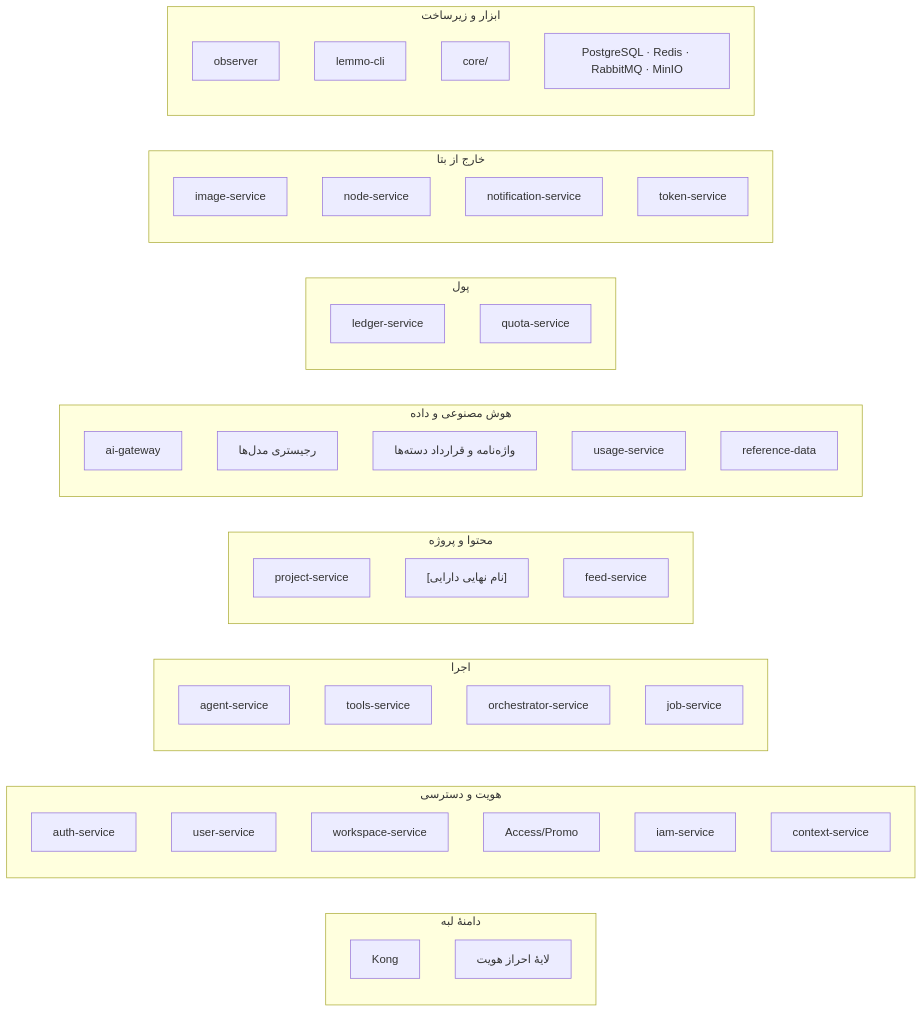
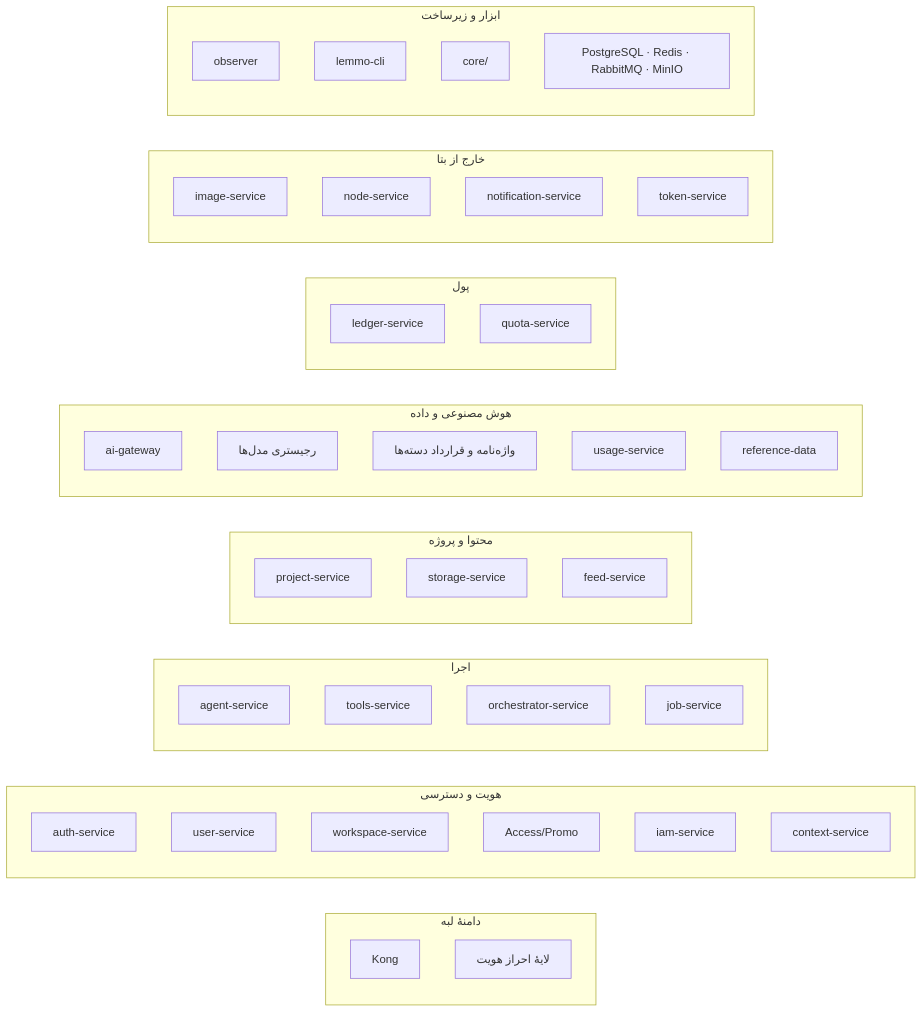
Before and after one commit to itstalentnet/dotdive: the diagram in docs/lemmo/01-architecture/service-responsibility-registry.md, drawn with Mermaid. The commit also changed other lines of this file and 1 other file, not shown here.

First line of the commit message:
docs(arch): resolve asset service name to storage-service (OQ-072 closed)

````diff
--- a/docs/lemmo/01-architecture/service-responsibility-registry.md
+++ b/docs/lemmo/01-architecture/service-responsibility-registry.md
@@ -37,49 +37,49 @@
 ```mermaid
 flowchart LR
   subgraph Edge["دامنهٔ لبه"]
     Kong[Kong]
     AuthN[لایهٔ احراز هویت]
   end
   subgraph Identity["هویت و دسترسی"]
     AuthSvc[auth-service]
     UserSvc[user-service]
     WsSvc[workspace-service]
     Access[Access/Promo]
     Iam[iam-service]
     Ctx[context-service]
   end
   subgraph Exec["اجرا"]
     Agent[agent-service]
     Tools[tools-service]
     Orch[orchestrator-service]
     Job[job-service]
   end
   subgraph Content["محتوا و پروژه"]
     Project[project-service]
-    Asset["[نام نهایی دارایی]"]
+    Asset["storage-service"]
     Feed[feed-service]
   end
   subgraph AI["هوش مصنوعی و داده"]
     GW[ai-gateway]
     Reg[رجیستری مدل‌ها]
     Vocab[واژه‌نامه و قرارداد دسته‌ها]
     Usage[usage-service]
     RefData[reference-data]
   end
   subgraph Money["پول"]
     Ledger[ledger-service]
     Quota[quota-service]
   end
   subgraph Frozen["خارج از بتا"]
     Img[image-service]
     Node[node-service]
     Notif[notification-service]
     Token[token-service]
   end
   subgraph Platform["ابزار و زیرساخت"]
     Obs[observer]
     CLI[lemmo-cli]
     Core[core/]
     Infra[PostgreSQL · Redis · RabbitMQ · MinIO]
   end
 ```
````
